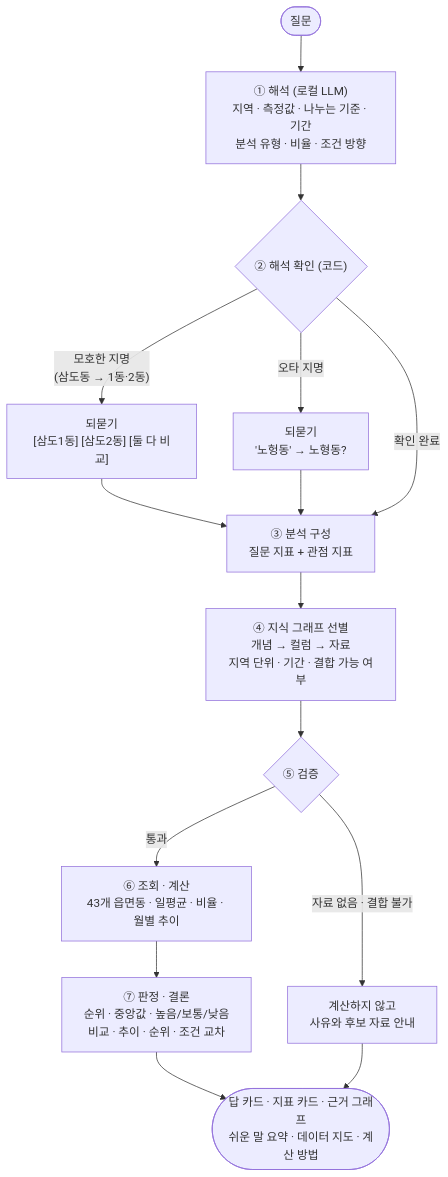
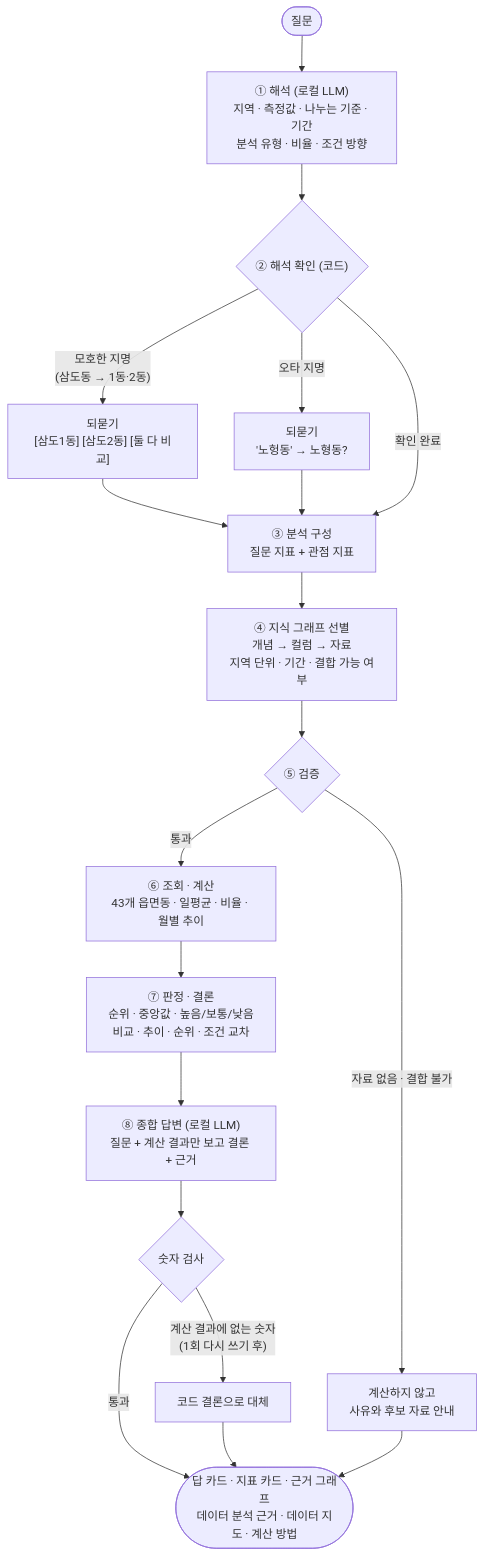
The second of 3 diagrams in README.md (joohayoung/jejuon-data-agent), drawn with Mermaid before and after one commit. The commit also changed other lines of this file and 5 other files, not shown here.

Commit message:
LLM 결론+근거 답변, 데이터 분석 근거, 데이터 지도 정리, 배너 문구, README 갱신

````diff
--- a/README.md
+++ b/README.md
@@ -92,17 +93,21 @@
 ```mermaid
 flowchart TD
     Q(["질문"]) --> A["① 해석 (로컬 LLM)<br/>지역 · 측정값 · 나누는 기준 · 기간<br/>분석 유형 · 비율 · 조건 방향"]
     A --> B{"② 해석 확인 (코드)"}
     B -- "모호한 지명<br/>(삼도동 → 1동·2동)" --> ASK["되묻기<br/>[삼도1동] [삼도2동] [둘 다 비교]"]
     B -- "오타 지명" --> ASK2["되묻기<br/>'노헝동' → 노형동?"]
     ASK --> C
     ASK2 --> C
     B -- "확인 완료" --> C["③ 분석 구성<br/>질문 지표 + 관점 지표"]
     C --> D["④ 지식 그래프 선별<br/>개념 → 컬럼 → 자료<br/>지역 단위 · 기간 · 결합 가능 여부"]
     D --> E{"⑤ 검증"}
     E -- "통과" --> F["⑥ 조회 · 계산<br/>43개 읍면동 · 일평균 · 비율 · 월별 추이"]
     E -- "자료 없음 · 결합 불가" --> H["계산하지 않고<br/>사유와 후보 자료 안내"]
     F --> G["⑦ 판정 · 결론<br/>순위 · 중앙값 · 높음/보통/낮음<br/>비교 · 추이 · 순위 · 조건 교차"]
-    G --> OUT(["답 카드 · 지표 카드 · 근거 그래프<br/>쉬운 말 요약 · 데이터 지도 · 계산 방법"])
+    G --> N["⑧ 종합 답변 (로컬 LLM)<br/>질문 + 계산 결과만 보고 결론 + 근거"]
+    N --> NC{"숫자 검사"}
+    NC -- "통과" --> OUT(["답 카드 · 지표 카드 · 근거 그래프<br/>데이터 분석 근거 · 데이터 지도 · 계산 방법"])
+    NC -- "계산 결과에 없는 숫자<br/>(1회 다시 쓰기 후)" --> FB["코드 결론으로 대체"]
+    FB --> OUT
     H --> OUT
 ```
````
